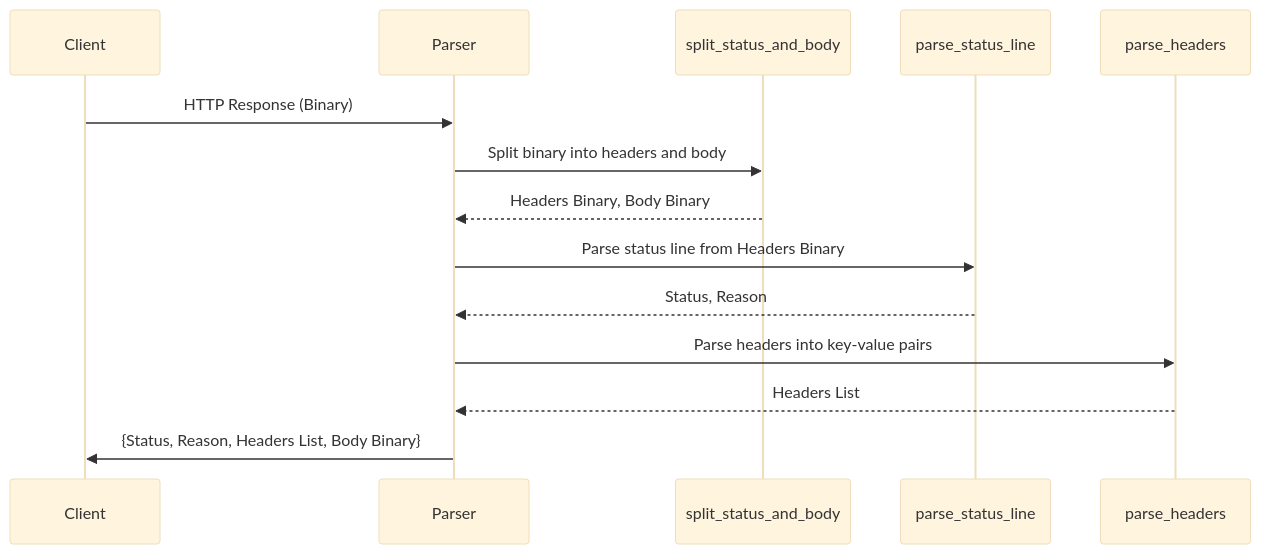
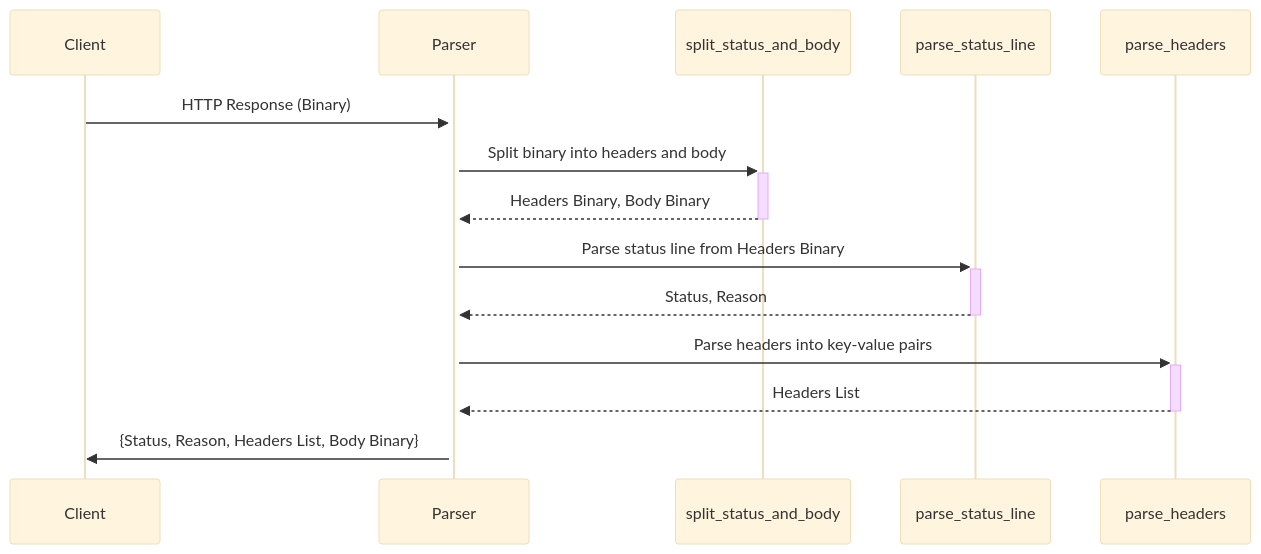
Before and after one commit to echenim/http-response-parser: the first of 2 diagrams in README.md, drawn with Mermaid (base theme). The commit also changed other lines of this file, not shown here.

Commit message:
diagram added

````diff
--- a/README.md
+++ b/README.md
@@ -93,21 +93,21 @@
 ```mermaid
 sequenceDiagram
     participant Client
     participant Parser
     participant split_status_and_body
     participant parse_status_line
     participant parse_headers
 
-    Client->>Parser: HTTP Response (Binary)
-    Parser->>split_status_and_body: Split binary into headers and body
-    split_status_and_body-->>Parser: Headers Binary, Body Binary
+    Client->>+Parser: HTTP Response (Binary)
+    Parser->>+split_status_and_body: Split binary into headers and body
+    split_status_and_body-->>-Parser: Headers Binary, Body Binary
 
-    Parser->>parse_status_line: Parse status line from Headers Binary
-    parse_status_line-->>Parser: Status, Reason
+    Parser->>+parse_status_line: Parse status line from Headers Binary
+    parse_status_line-->>-Parser: Status, Reason
 
-    Parser->>parse_headers: Parse headers into key-value pairs
-    parse_headers-->>Parser: Headers List
+    Parser->>+parse_headers: Parse headers into key-value pairs
+    parse_headers-->>-Parser: Headers List
 
     Parser->>Client: {Status, Reason, Headers List, Body Binary}
 
 ```
````
